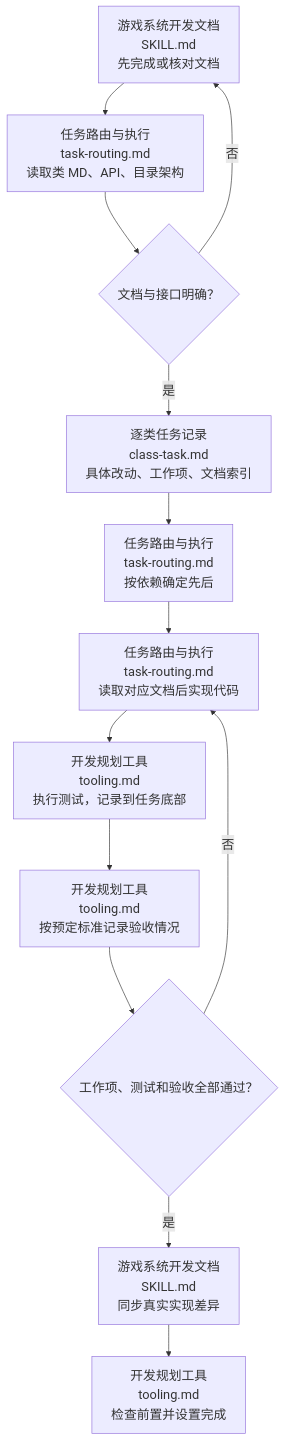
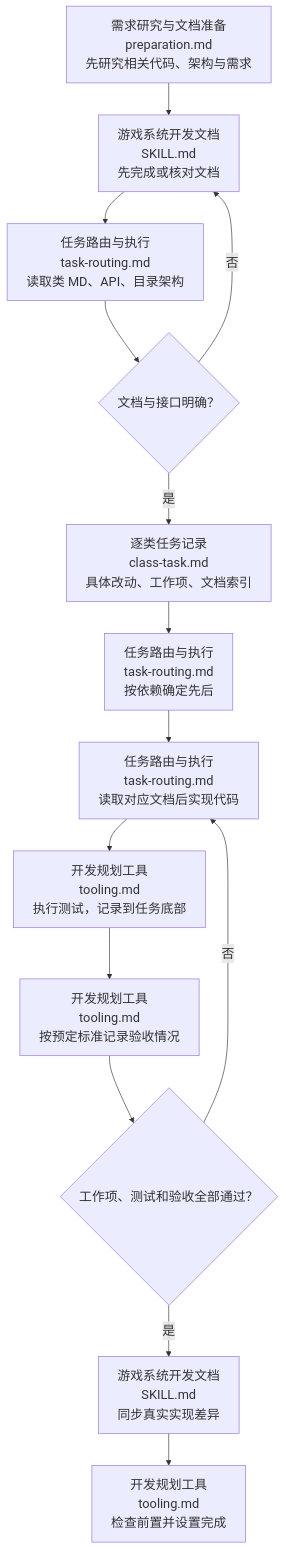
One commit to 229196637/game-development-skills changed the diagram in game-system-development-planning/SKILL.md. Above: the diagram before and after it, drawn with Mermaid. The commit also changed other lines of this file and 8 other files, not shown here.

````diff
--- a/game-system-development-planning/SKILL.md
+++ b/game-system-development-planning/SKILL.md
@@ -14,25 +14,26 @@
 ```mermaid
 %%{init: {"themeVariables": {"fontSize": "20px"}, "flowchart": {"wrappingWidth": 360}}}%%
 flowchart TD
-  Docs["游戏系统开发文档<br/>SKILL.md<br/>先完成或核对文档"] --> Read["任务路由与执行<br/>task-routing.md<br/>读取类 MD、API、目录架构"]
+  Research["需求研究与文档准备<br/>preparation.md<br/>先研究相关代码、架构与需求"] --> Docs["游戏系统开发文档<br/>SKILL.md<br/>先完成或核对文档"] --> Read["任务路由与执行<br/>task-routing.md<br/>读取类 MD、API、目录架构"]
   Read --> Ready{"文档与接口明确？"}
   Ready -->|否| Docs
   Ready -->|是| Task["逐类任务记录<br/>class-task.md<br/>具体改动、工作项、文档索引"]
   Task --> Order["任务路由与执行<br/>task-routing.md<br/>按依赖确定先后"]
   Order --> Code["任务路由与执行<br/>task-routing.md<br/>读取对应文档后实现代码"]
   Code --> Test["开发规划工具<br/>tooling.md<br/>执行测试，记录到任务底部"]
   Test --> Accept["开发规划工具<br/>tooling.md<br/>按预定标准记录验收情况"]
   Accept --> Pass{"工作项、测试和验收全部通过？"}
   Pass -->|否| Code
   Pass -->|是| Sync["游戏系统开发文档<br/>SKILL.md<br/>同步真实实现差异"]
   Sync --> Done["开发规划工具<br/>tooling.md<br/>检查前置并设置完成"]
+  click Research "references/workflows/preparation.md"
   click Docs "../game-system-development-documentation/SKILL.md"
   click Read "references/workflows/task-routing.md"
   click Task "references/contracts/class-task.md"
   click Order "references/workflows/task-routing.md"
   click Code "references/workflows/task-routing.md"
   click Test "references/tooling.md"
   click Accept "references/tooling.md"
   click Sync "../game-system-development-documentation/SKILL.md"
   click Done "references/tooling.md"
 ```
````
